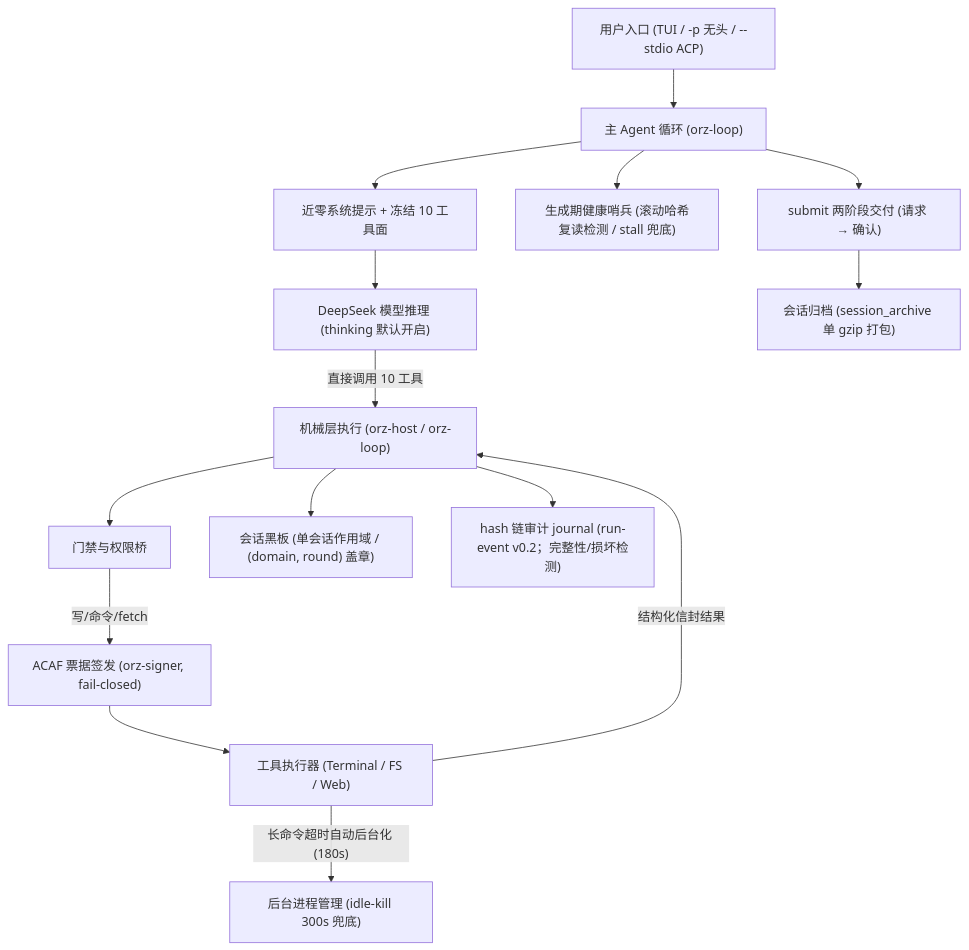
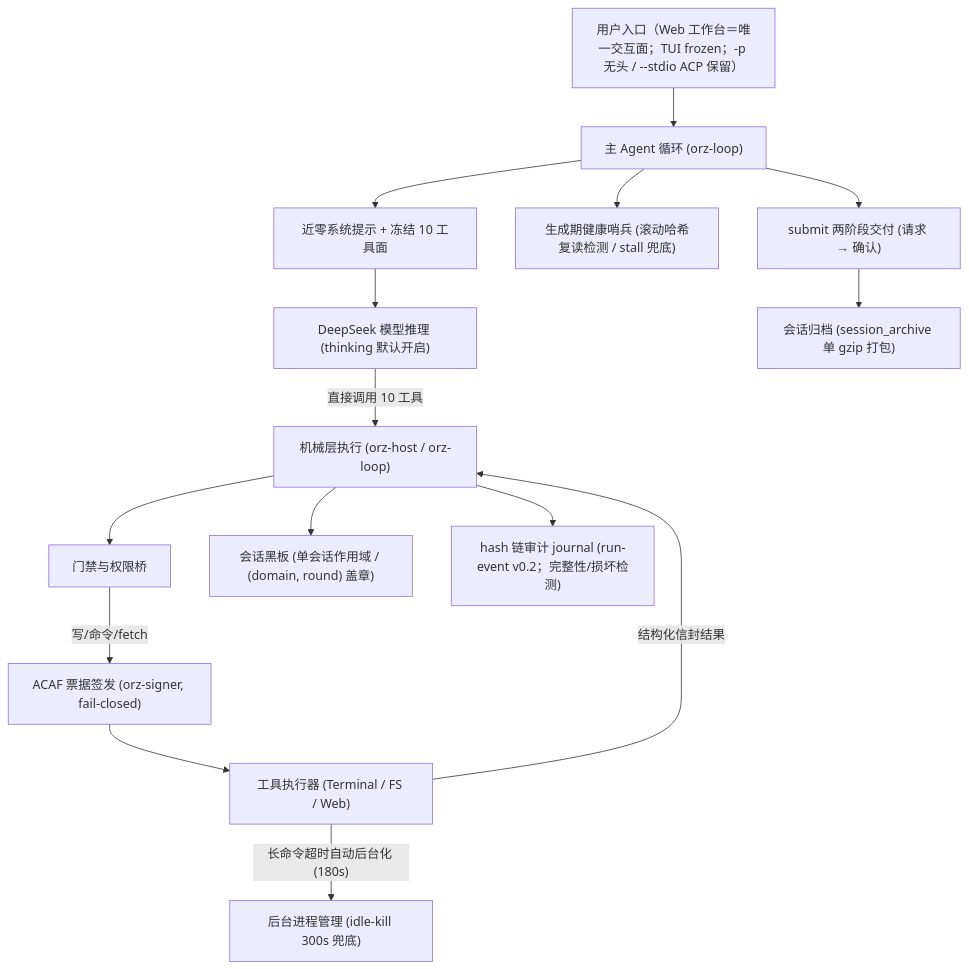
One commit to SilverWhite/orz changed the diagram in architecture/current/README.md. Above: the diagram before and after it, drawn with Mermaid. The commit also changed other lines of this file and 10 other files, not shown here.

````diff
--- a/architecture/current/README.md
+++ b/architecture/current/README.md
@@ -13,22 +13,22 @@
 ```mermaid
 flowchart TD
-    User["用户入口 (TUI / -p 无头 / --stdio ACP)"] --> Loop["主 Agent 循环 (orz-loop)"]
+    User["用户入口（Web 工作台＝唯一交互面；TUI frozen；-p 无头 / --stdio ACP 保留）"] --> Loop["主 Agent 循环 (orz-loop)"]
     Loop --> Prompt["近零系统提示 + 冻结 10 工具面"]
     Prompt --> Model["DeepSeek 模型推理 (thinking 默认开启)"]
 
     Model -->|"直接调用 10 工具"| HostExec["机械层执行 (orz-host / orz-loop)"]
 
     HostExec --> Gate["门禁与权限桥"]
     Gate -->|"写/命令/fetch"| ACAF["ACAF 票据签发 (orz-signer, fail-closed)"]
     ACAF --> ToolRun["工具执行器 (Terminal / FS / Web)"]
 
     ToolRun -->|"长命令超时自动后台化 (180s)"| BgProc["后台进程管理 (idle-kill 300s 兜底)"]
     ToolRun -->|"结构化信封结果"| HostExec
 
     HostExec --> Blackboard["会话黑板 (单会话作用域 / (domain, round) 盖章)"]
     HostExec --> Journal["hash 链审计 journal (run-event v0.2；完整性/损坏检测)"]
 
     Loop --> Guard["生成期健康哨兵 (滚动哈希复读检测 / stall 兜底)"]
     Loop --> Delivery["submit 两阶段交付 (请求 → 确认)"]
     Delivery --> Close["会话归档 (session_archive 单 gzip 打包)"]
 ```
````
